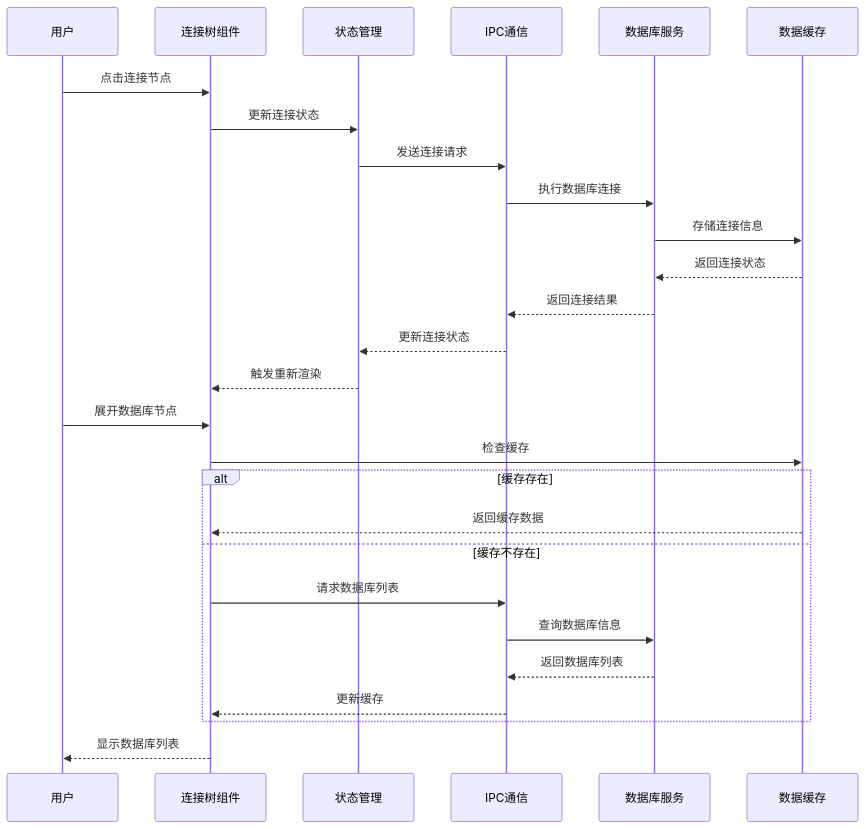
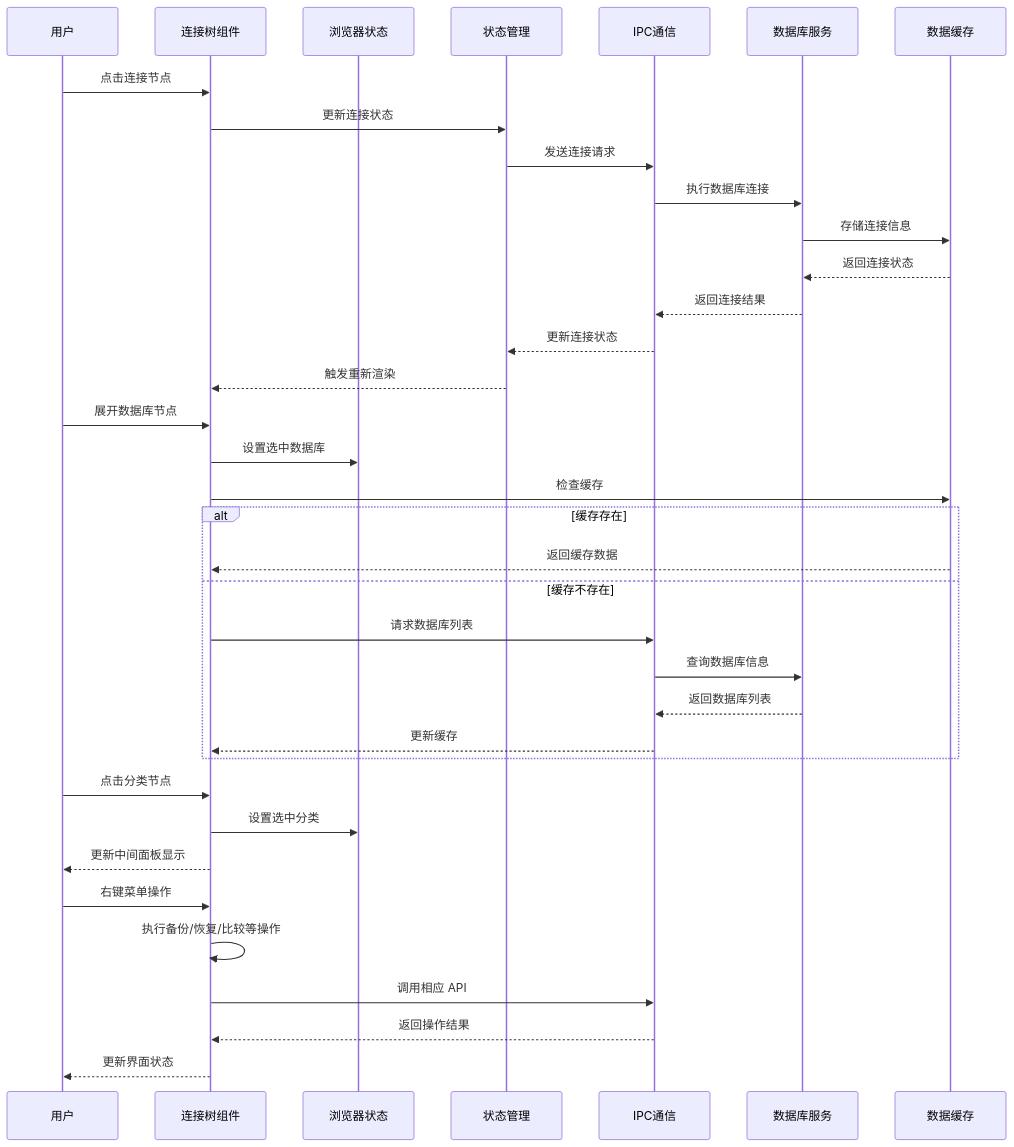
Before and after one commit to wwenbo2048/nexsql: the second of 13 diagrams in .qoder/repowiki/zh/content/前端组件系统/连接树组件.md, drawn with Mermaid. The commit also changed other lines of this file and 19 other files, not shown here.

````diff
--- a/.qoder/repowiki/zh/content/前端组件系统/连接树组件.md
+++ b/.qoder/repowiki/zh/content/前端组件系统/连接树组件.md
@@ -102,29 +142,38 @@
 ```mermaid
 sequenceDiagram
 participant User as 用户
 participant Tree as 连接树组件
+participant Browser as 浏览器状态
 participant Store as 状态管理
 participant IPC as IPC通信
 participant DB as 数据库服务
 participant Cache as 数据缓存
 User->>Tree : 点击连接节点
 Tree->>Store : 更新连接状态
 Store->>IPC : 发送连接请求
 IPC->>DB : 执行数据库连接
 DB->>Cache : 存储连接信息
 Cache-->>DB : 返回连接状态
 DB-->>IPC : 返回连接结果
 IPC-->>Store : 更新连接状态
 Store-->>Tree : 触发重新渲染
 User->>Tree : 展开数据库节点
+Tree->>Browser : 设置选中数据库
 Tree->>Cache : 检查缓存
 alt 缓存存在
 Cache-->>Tree : 返回缓存数据
 else 缓存不存在
 Tree->>IPC : 请求数据库列表
 IPC->>DB : 查询数据库信息
 DB-->>IPC : 返回数据库列表
 IPC-->>Tree : 更新缓存
 end
-Tree-->>User : 显示数据库列表
+User->>Tree : 点击分类节点
+Tree->>Browser : 设置选中分类
+Tree-->>User : 更新中间面板显示
+User->>Tree : 右键菜单操作
+Tree->>Tree : 执行备份/恢复/比较等操作
+Tree->>IPC : 调用相应 API
+IPC-->>Tree : 返回操作结果
+Tree-->>User : 更新界面状态
 ```
````
